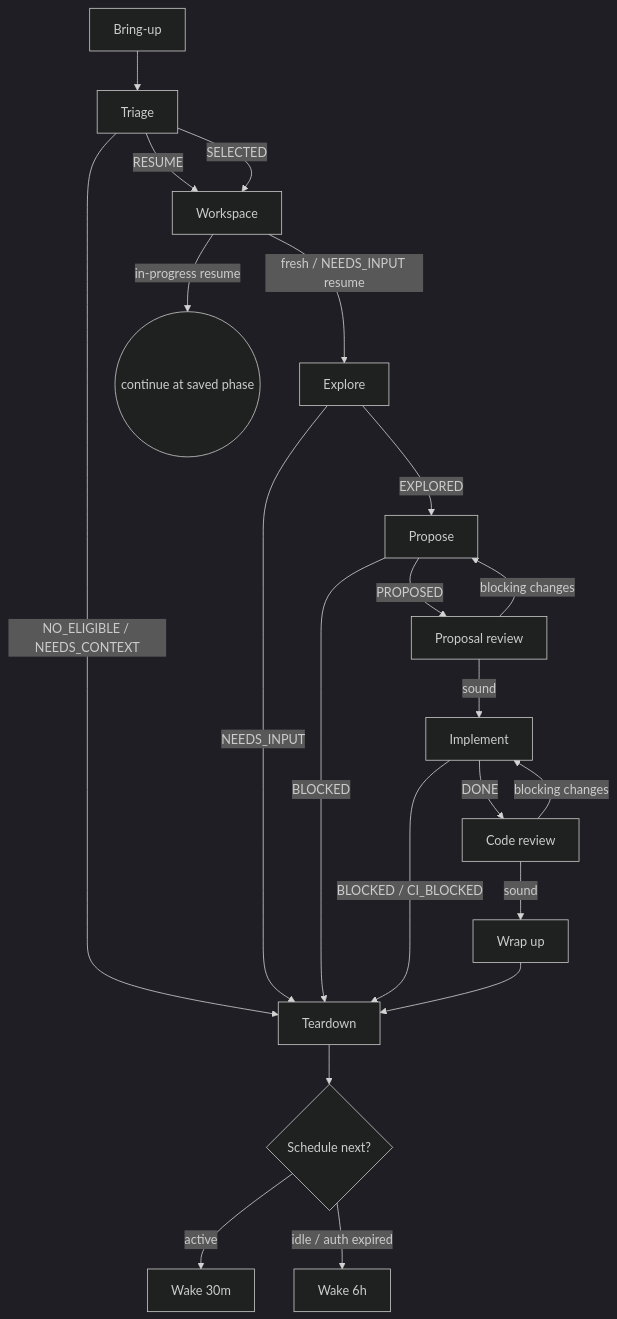
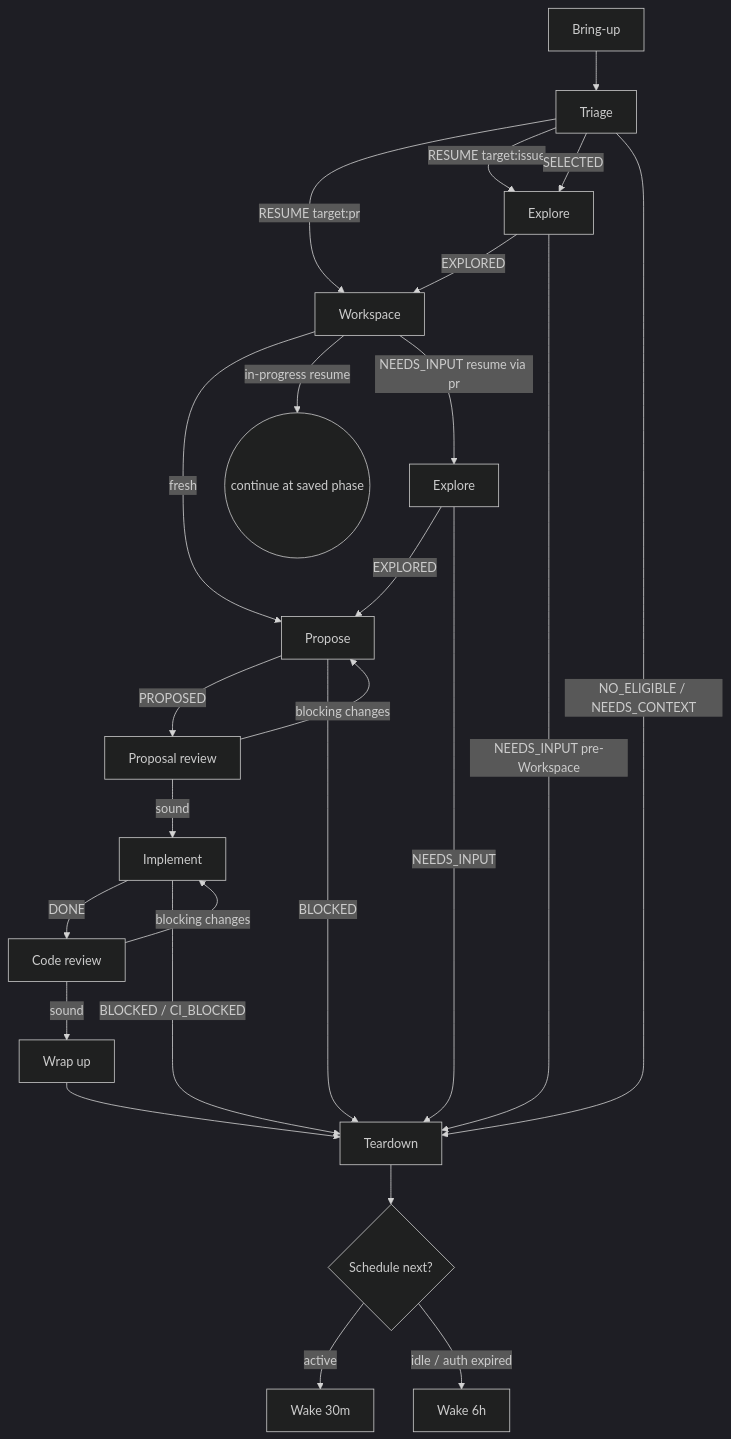
The diagram in skill/openspec-auto/SKILL.md (dafrick/openspec-auto), drawn with Mermaid (dark theme) before and after one commit. The commit also changed other lines of this file and 4 other files, not shown here.

First line of the commit message:
feat(skill): run Explore before creating Workspace/PR

````diff
--- a/skill/openspec-auto/SKILL.md
+++ b/skill/openspec-auto/SKILL.md
@@ -18,28 +18,33 @@
 ```mermaid
 flowchart TD
     B[Bring-up] --> T[Triage]
 
-    T -->|RESUME| W[Workspace]
-    T -->|SELECTED| W
+    T -->|RESUME target:pr| W[Workspace]
+    T -->|RESUME target:issue| E[Explore]
+    T -->|SELECTED| E
     T -->|NO_ELIGIBLE / NEEDS_CONTEXT| Z[Teardown]
 
-    W -->|fresh / NEEDS_INPUT resume| E[Explore]
+    E -->|EXPLORED| W
+    E -->|NEEDS_INPUT pre-Workspace| Z
+
+    W -->|fresh| P[Propose]
     W -->|in-progress resume| RJ((continue at saved phase))
-    E -->|EXPLORED| P[Propose]
-    E -->|NEEDS_INPUT| Z
+    W -->|NEEDS_INPUT resume via pr| EX[Explore]
+    EX -->|EXPLORED| P
+    EX -->|NEEDS_INPUT| Z
 
     P -->|PROPOSED| PV[Proposal review]
     P -->|BLOCKED| Z
     PV -->|sound| I[Implement]
     PV -->|blocking changes| P
     I -->|DONE| V[Code review]
     I -->|BLOCKED / CI_BLOCKED| Z
 
     V -->|sound| F[Wrap up]
     V -->|blocking changes| I
 
     F --> Z
     Z --> S{Schedule next?}
     S -->|active| K[Wake 30m]
     S -->|idle / auth expired| L[Wake 6h]
 ```
````
